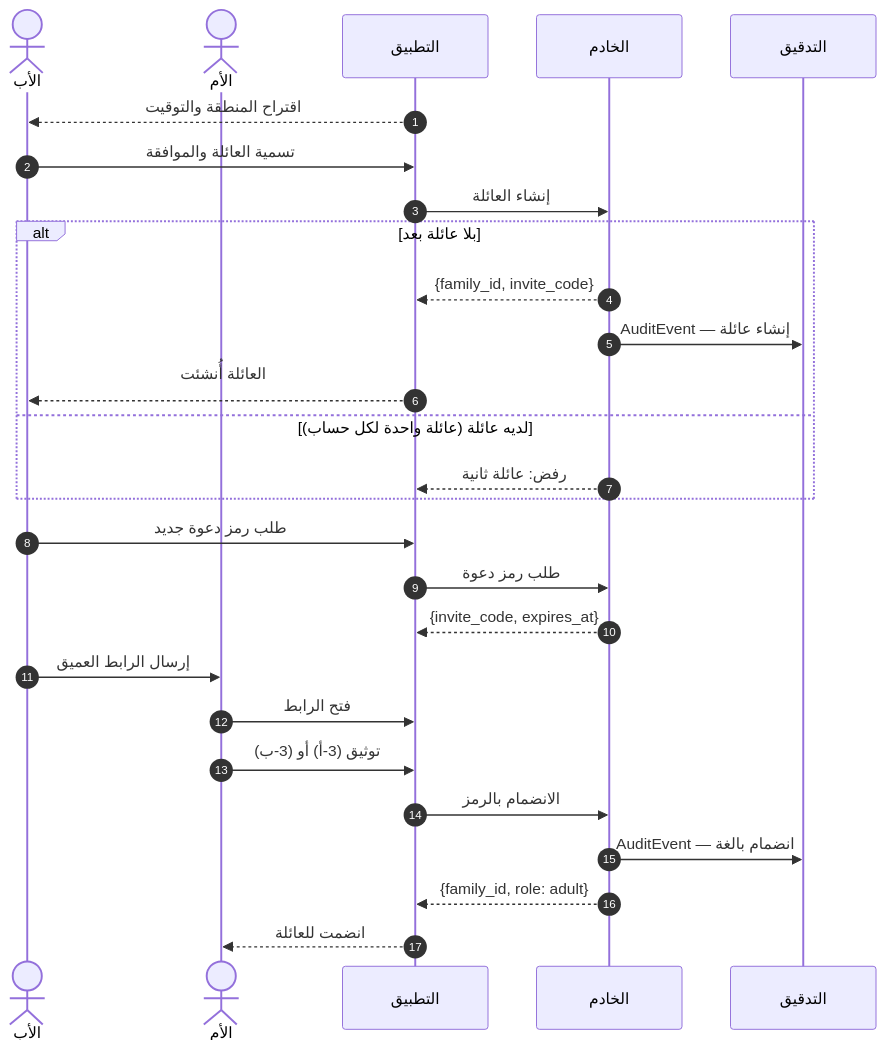
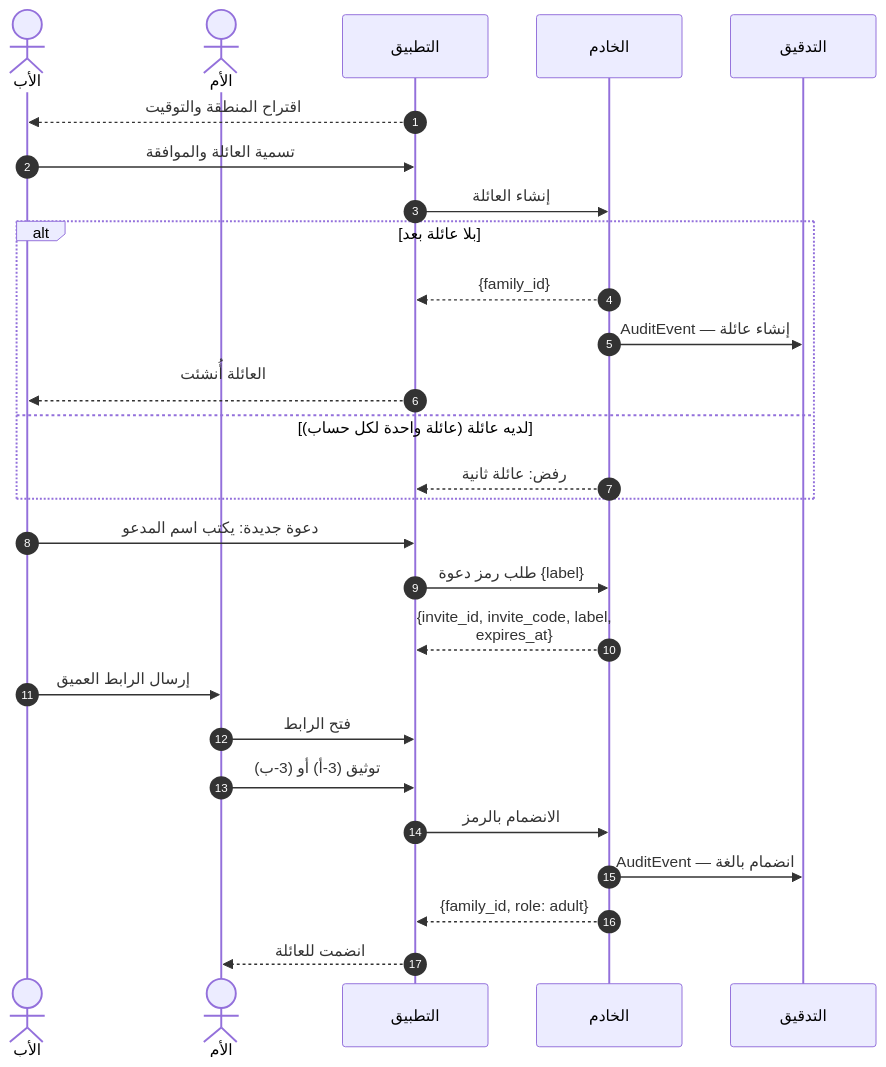
Before and after one commit to Bassam-mohammed-alqaeadi/family-os-v2: the eighth of 36 diagrams in docs/family-os/governance/phases/phase-1/S1-02-identity-and-onboarding/DIAGRAMS.md, drawn with Mermaid. The commit also changed other lines of this file and 15 other files, not shown here.

````diff
--- a/docs/family-os/governance/phases/phase-1/S1-02-identity-and-onboarding/DIAGRAMS.md
+++ b/docs/family-os/governance/phases/phase-1/S1-02-identity-and-onboarding/DIAGRAMS.md
@@ -417,30 +417,30 @@
 ```mermaid
 %%{init: {"sequence": {"wrap": true}}}%%
 sequenceDiagram
     autonumber
     actor Father as الأب
     actor Mother as الأم
     participant App as التطبيق
     participant Ktor as الخادم
     participant Audit as التدقيق
     App-->>Father: اقتراح المنطقة والتوقيت
     Father->>App: تسمية العائلة والموافقة
     App->>Ktor: إنشاء العائلة
     alt بلا عائلة بعد
-        Ktor-->>App: {family_id, invite_code}
+        Ktor-->>App: {family_id}
         Ktor->>Audit: AuditEvent — إنشاء عائلة
         App-->>Father: العائلة أُنشئت
     else لديه عائلة (عائلة واحدة لكل حساب)
         Ktor-->>App: رفض: عائلة ثانية
     end
-    Father->>App: طلب رمز دعوة جديد
-    App->>Ktor: طلب رمز دعوة
-    Ktor-->>App: {invite_code, expires_at}
+    Father->>App: دعوة جديدة: يكتب اسم المدعو
+    App->>Ktor: طلب رمز دعوة {label}
+    Ktor-->>App: {invite_id, invite_code, label, expires_at}
     Father->>Mother: إرسال الرابط العميق
     Mother->>App: فتح الرابط
     Mother->>App: توثيق (3-أ) أو (3-ب)
     App->>Ktor: الانضمام بالرمز
     Ktor->>Audit: AuditEvent — انضمام بالغة
     Ktor-->>App: {family_id, role: adult}
     App-->>Mother: انضمت للعائلة
 ```
````
